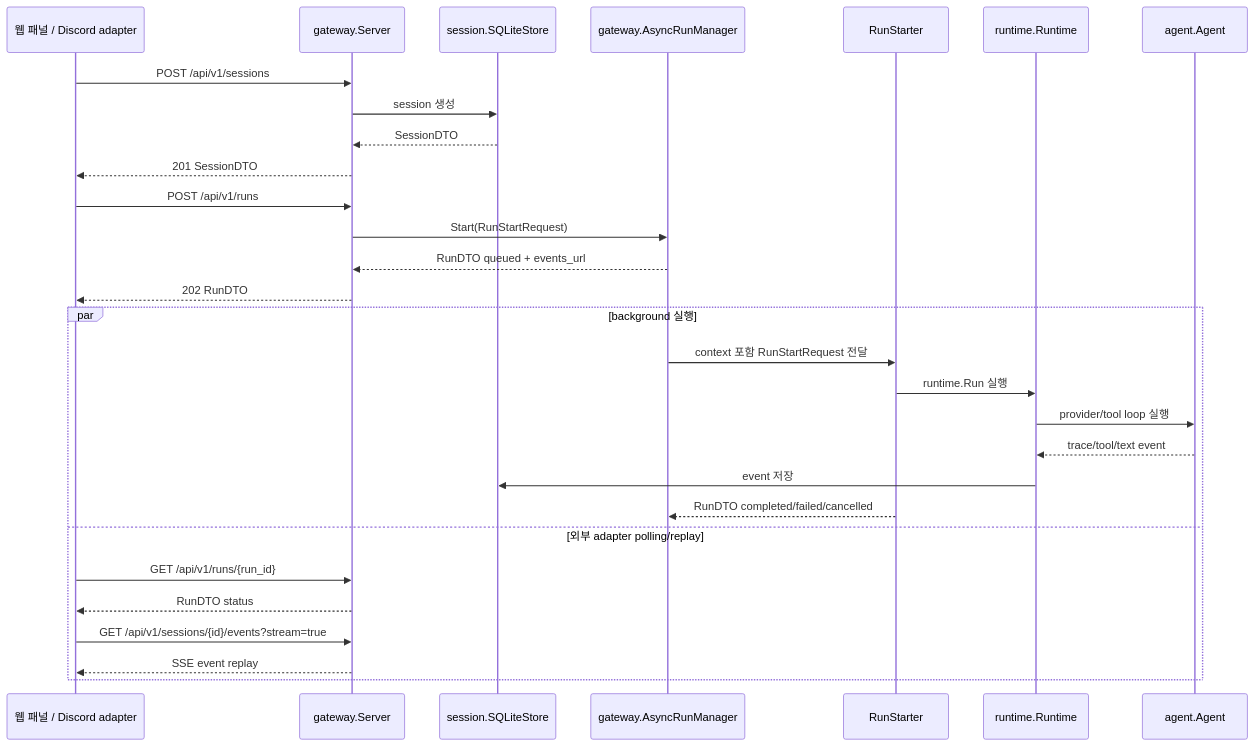
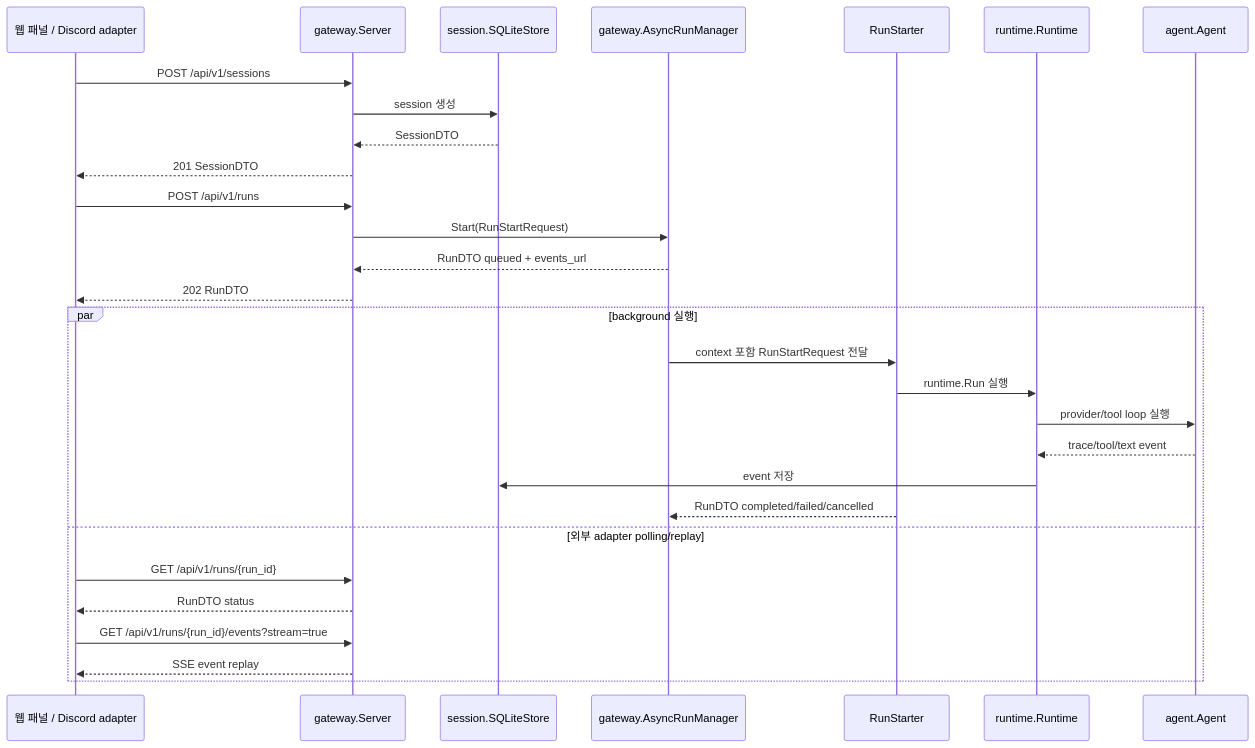
One commit to sleepysoong/kkode changed the third of 4 diagrams in README.md. Above: the diagram before and after it, drawn with Mermaid. The commit also changed 1 other file, not shown here.

Commit message:
Fix last 3 stale endpoint references in docs
- README.md Mermaid diagram: sessions/{id}/events -> runs/{run_id}/events
- ARCHITECTURE.md: remove requests/{request_id}/runs reference
- ARCHITECTURE.md: fix curl example from sessions events to runs events

````diff
--- a/README.md
+++ b/README.md
@@ -106,34 +106,34 @@
 ```mermaid
 sequenceDiagram
     participant UI as 웹 패널 / Discord adapter
     participant G as gateway.Server
     participant S as session.SQLiteStore
     participant M as gateway.AsyncRunManager
     participant RS as RunStarter
     participant R as runtime.Runtime
     participant A as agent.Agent
 
     UI->>G: POST /api/v1/sessions
     G->>S: session 생성
     S-->>G: SessionDTO
     G-->>UI: 201 SessionDTO
 
     UI->>G: POST /api/v1/runs
     G->>M: Start(RunStartRequest)
     M-->>G: RunDTO queued + events_url
     G-->>UI: 202 RunDTO
 
     par background 실행
         M->>RS: context 포함 RunStartRequest 전달
         RS->>R: runtime.Run 실행
         R->>A: provider/tool loop 실행
         A-->>R: trace/tool/text event
         R->>S: event 저장
         RS-->>M: RunDTO completed/failed/cancelled
     and 외부 adapter polling/replay
         UI->>G: GET /api/v1/runs/{run_id}
         G-->>UI: RunDTO status
-        UI->>G: GET /api/v1/sessions/{id}/events?stream=true
+        UI->>G: GET /api/v1/runs/{run_id}/events?stream=true
         G-->>UI: SSE event replay
     end
 ```
````
